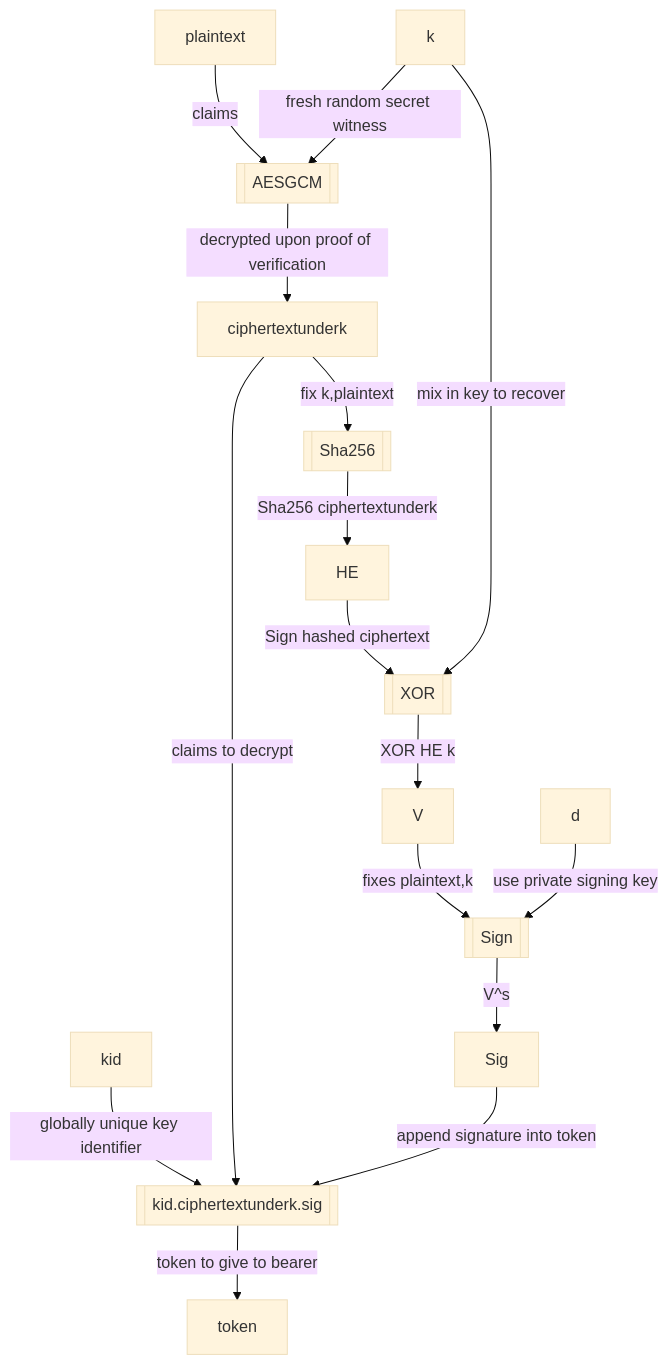
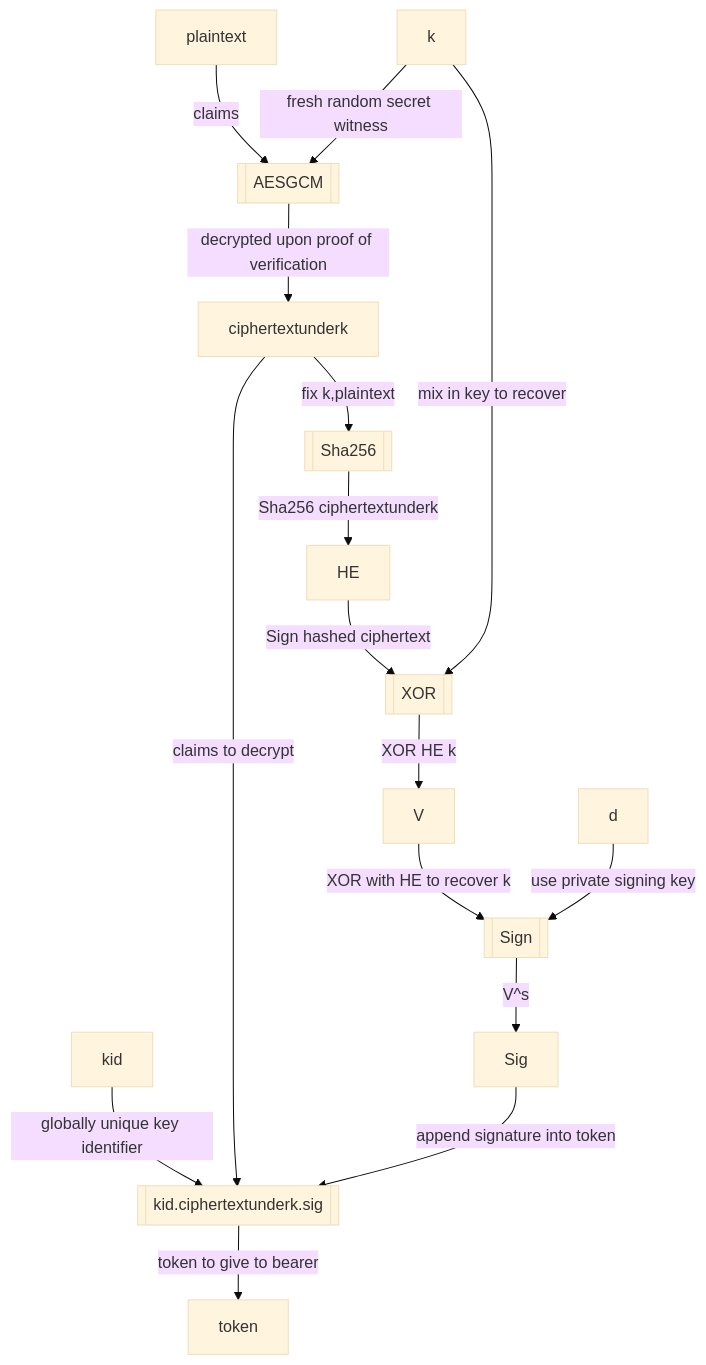
The second of 2 diagrams in README.md (rfielding/whiskeyTango), drawn with Mermaid (base theme) before and after one commit.

Commit message:
update diagram

````diff
--- a/README.md
+++ b/README.md
@@ -94,23 +94,23 @@
 ```mermaid
 flowchart TB
   AESGCM[[AESGCM]]
   APPENDB64WithDots[[kid.ciphertextunderk.sig]]
   plaintext-- claims -->AESGCM
   k-- fresh random secret witness -->AESGCM
   AESGCM-- decrypted upon proof of verification -->ciphertextunderk
   kid-- globally unique key identifier -->APPENDB64WithDots
   ciphertextunderk-- claims to decrypt -->APPENDB64WithDots
   APPENDB64WithDots-- token to give to bearer -->token
   Sha256[[Sha256]]
   ciphertextunderk-- fix k,plaintext -->Sha256
   XOR[[XOR]]
   Sign[[Sign]]
   Sha256-- Sha256 ciphertextunderk -->HE
   HE-- Sign hashed ciphertext  -->XOR
   k-- mix in key to recover -->XOR
   XOR-- XOR HE k -->V
-  V-- fixes plaintext,k -->Sign
+  V-- XOR with HE to recover k -->Sign
   d-- use private signing key -->Sign
   Sign-- V^s -->Sig
   Sig-- append signature into token -->APPENDB64WithDots
 ```
````
